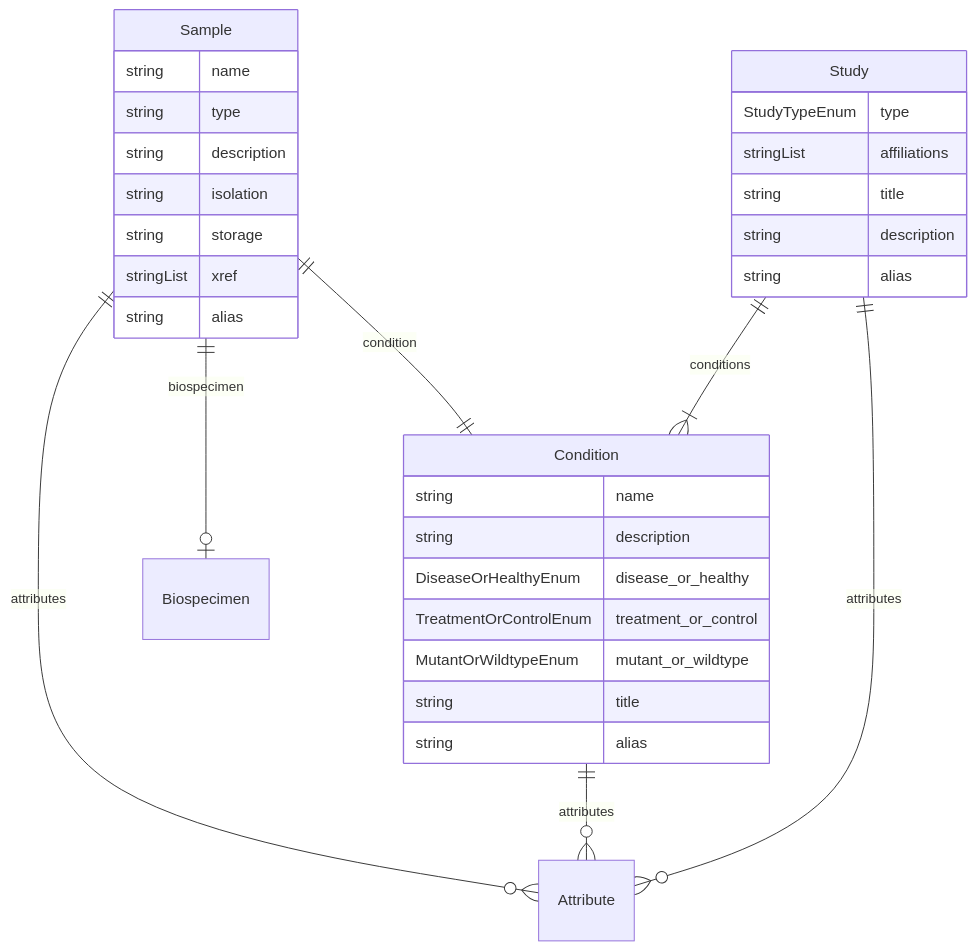
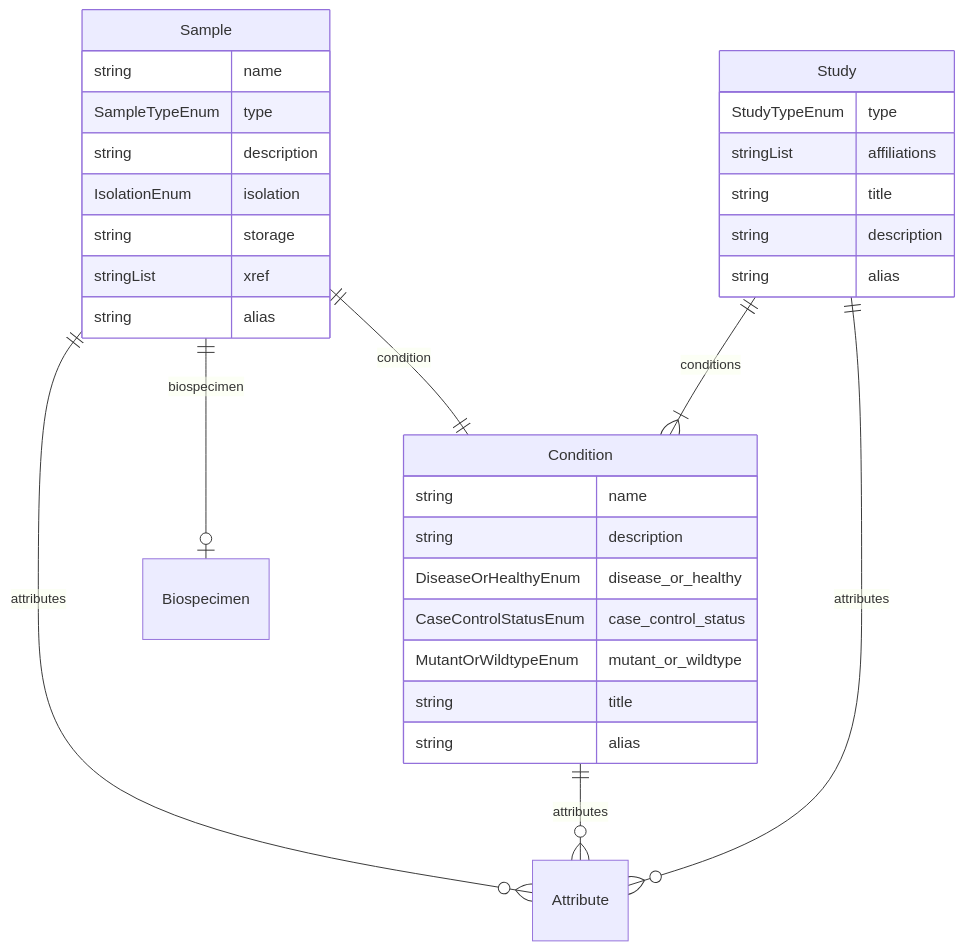
Before and after one commit to ghga-de/ghga-metadata-schema: the seventh of 7 diagrams in docs/entity_relations.md, drawn with Mermaid. The commit also changed other lines of this file and 105 other files, not shown here.

````diff
--- a/docs/entity_relations.md
+++ b/docs/entity_relations.md
@@ -377,36 +354,36 @@
 ```mermaid
 erDiagram
 Sample {
     string name  
-    string type  
+    SampleTypeEnum type  
     string description  
-    string isolation  
+    IsolationEnum isolation  
     string storage  
     stringList xref  
     string alias  
 }
 Condition {
     string name  
     string description  
     DiseaseOrHealthyEnum disease_or_healthy  
-    TreatmentOrControlEnum treatment_or_control  
+    CaseControlStatusEnum case_control_status  
     MutantOrWildtypeEnum mutant_or_wildtype  
     string title  
     string alias  
 }
 Study {
     StudyTypeEnum type  
     stringList affiliations  
     string title  
     string description  
     string alias  
 }
 
 Sample ||--|o Biospecimen : "biospecimen"
 Sample ||--|| Condition : "condition"
 Sample ||--}o Attribute : "attributes"
 Condition ||--}o Attribute : "attributes"
 Study ||--}| Condition : "conditions"
 Study ||--}o Attribute : "attributes"
 
 ```
````
